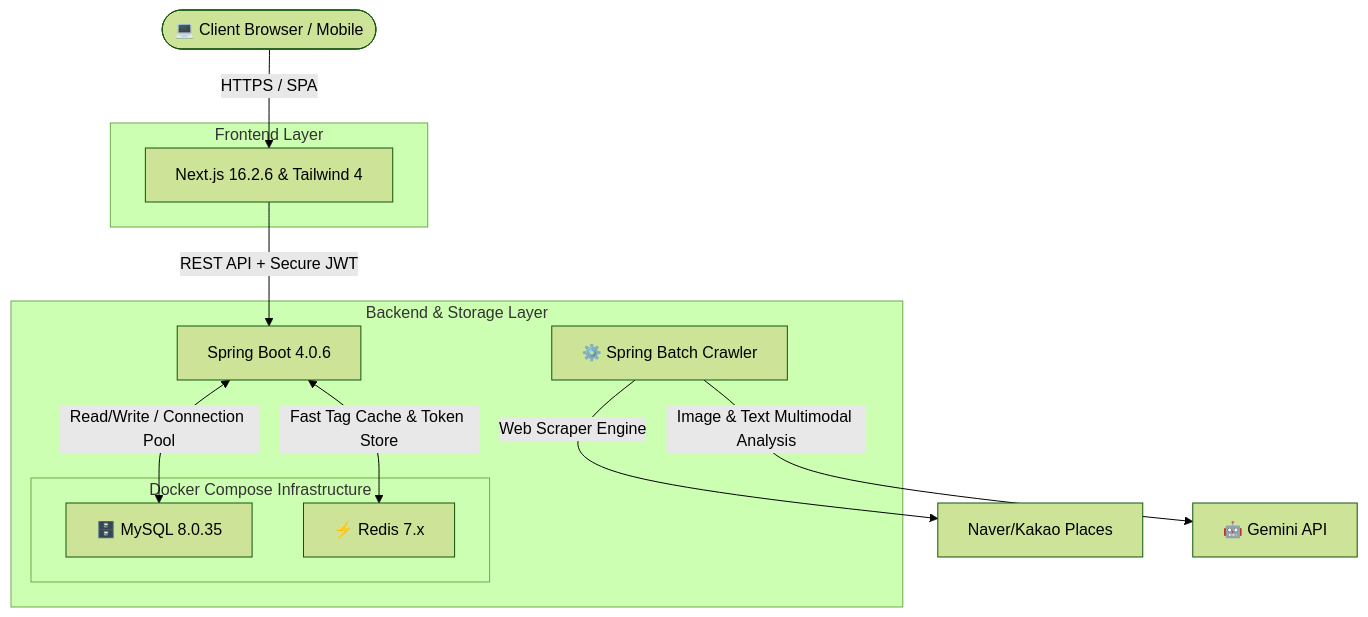
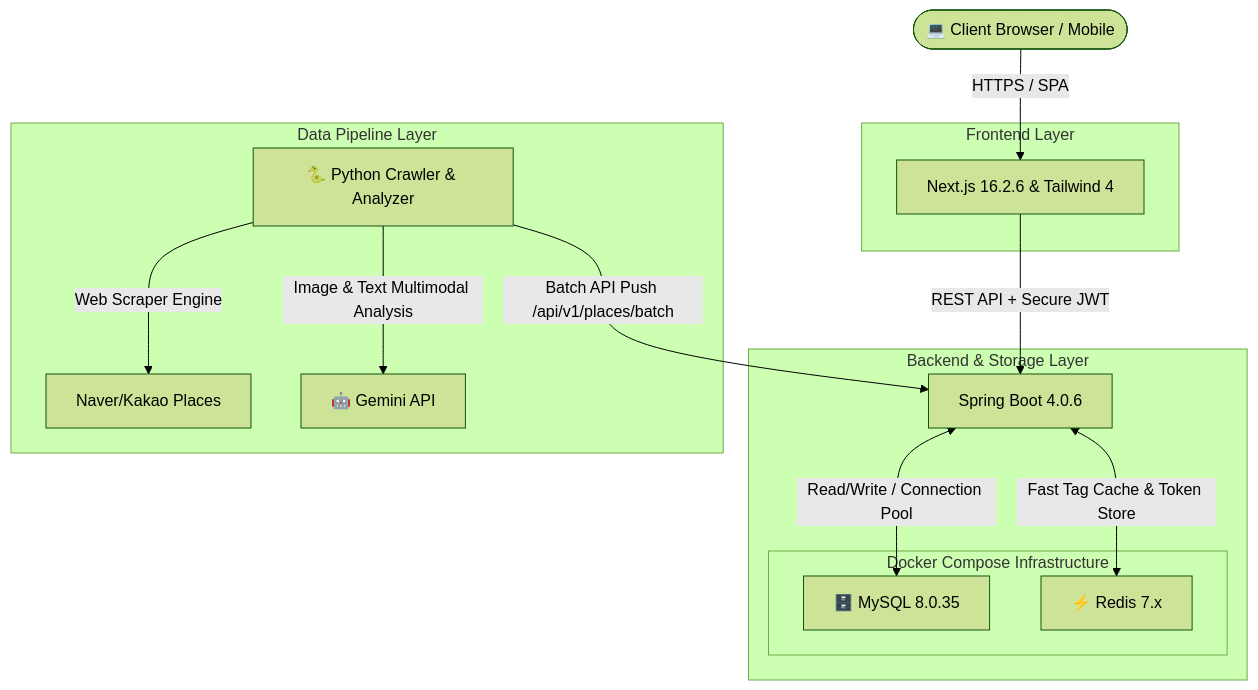
Before and after one commit to minari0v0/pickpl: the first of 2 diagrams in README.md, drawn with Mermaid (forest theme). The commit also changed other lines of this file and 2 other files, not shown here.

Commit message:
feat: 스크랩 폴더 목록 내 편집 기능 추가 및 아키텍처 문서화
- 스크랩 폴더 카드의 이름 우측 영역에 '...' 옵션 메뉴 추가
  - 드롭다운 외부 클릭 시 자동으로 메뉴가 닫히도록 전역 클릭 리스너 적용
  - 폴더 이름 변경 및 삭제 시 불필요한 이모티콘 제거
  - 목록에서 작업 시 상세 뷰로 화면이 리다이렉트되지 않도록 folderToEdit 상태로 독립 제어
- README.md 아키텍처 및 상세 사양 최적화
  - 서버 과부하 및 IP 블락 문제를 피하기 위한 '로컬/스케줄러 Python 크롤러 + Gemini 분석 + 백엔드 API 일괄 주입' 구조로 아키텍처 다이어그램과 본문 최신화
  - 픽플의 완성된 모바일 발견 피드 실제 구동 스크린샷 추가

````diff
--- a/README.md
+++ b/README.md
@@ -48,26 +50,31 @@
 ```mermaid
 graph TD
     Client([💻 Client Browser / Mobile]) -->|HTTPS / SPA| Frontend
     
     subgraph "Frontend Layer"
         Frontend[Next.js 16.2.6 & Tailwind 4]
     end
     
     Frontend -->|REST API + Secure JWT| Backend
     
     subgraph "Backend & Storage Layer"
         Backend[Spring Boot 4.0.6]
         
         subgraph "Docker Compose Infrastructure"
             MySQL[🗄️ MySQL 8.0.35]
             Redis[⚡ Redis 7.x]
         end
-        
-        SpringBatch[⚙️ Spring Batch Crawler]
+    end
+    
+    subgraph "Data Pipeline Layer"
+        PythonCrawler[🐍 Python Crawler & Analyzer]
+        Web[Naver/Kakao Places]
+        Gemini[🤖 Gemini API]
     end
     
     Backend <-->|Read/Write / Connection Pool| MySQL
     Backend <-->|Fast Tag Cache & Token Store| Redis
-    SpringBatch -->|Web Scraper Engine| Web[Naver/Kakao Places]
-    SpringBatch -->|Image & Text Multimodal Analysis| Gemini[🤖 Gemini API]
+    PythonCrawler -->|Web Scraper Engine| Web
+    PythonCrawler -->|Image & Text Multimodal Analysis| Gemini
+    PythonCrawler -->|Batch API Push /api/v1/places/batch| Backend
 ```
````
